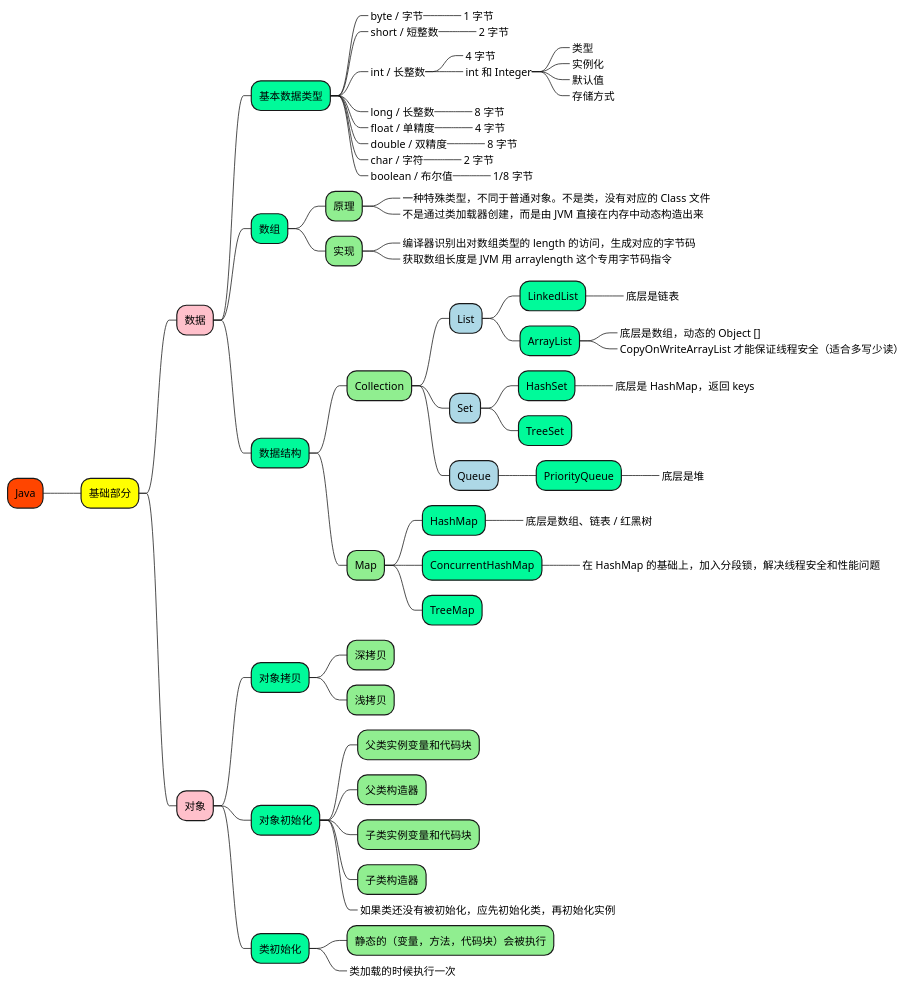
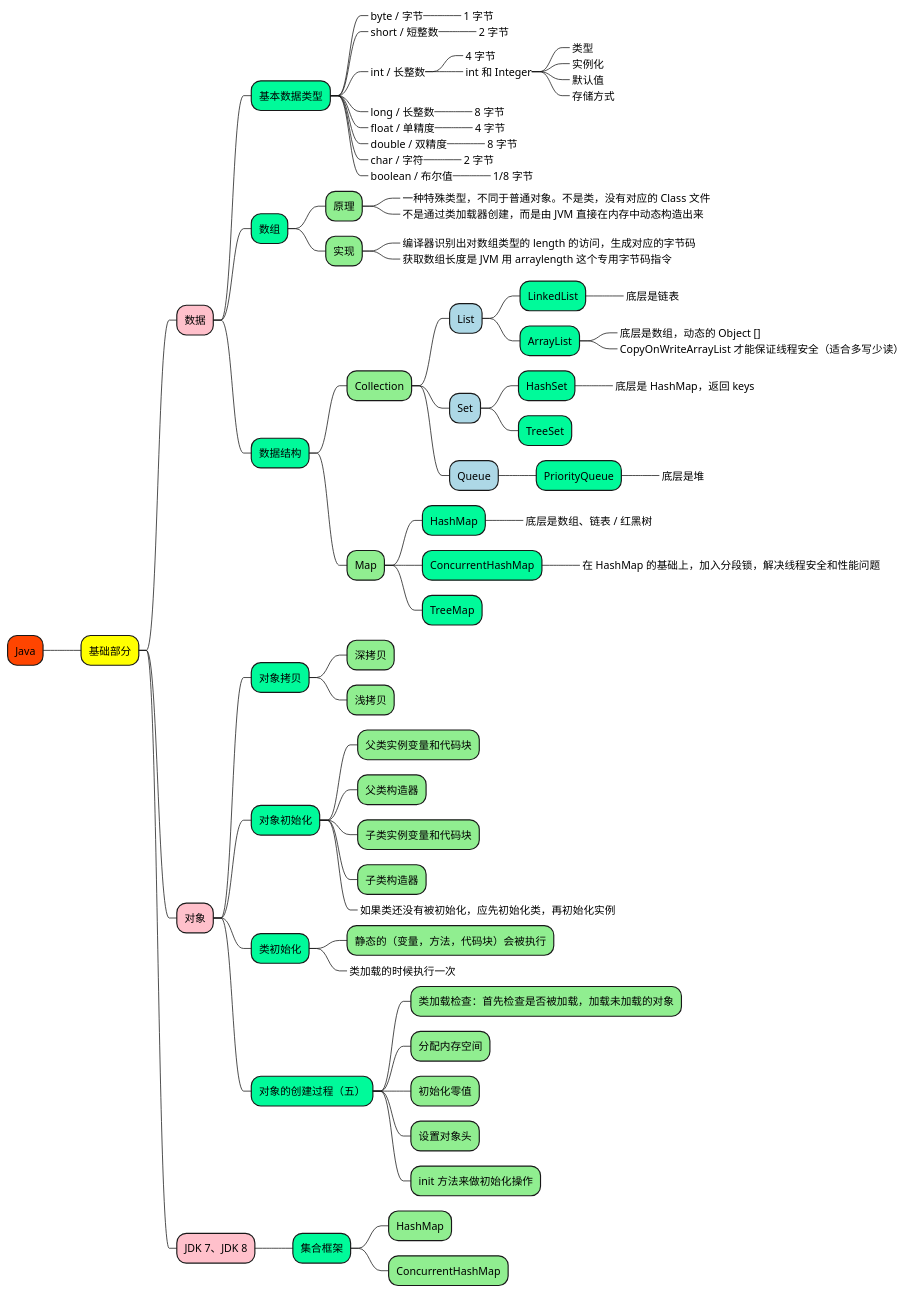
Before and after one commit to doveg/self-cultivation-of-a-software-engineer: the diagram in 1_map/1-java/Java.puml, drawn with PlantUML. The commit also changed 11 other files, not shown here.

```diff
--- a/1_map/1-java/Java.puml
+++ b/1_map/1-java/Java.puml
@@ -1,95 +1,114 @@
 @startmindmap
 
 +[#OrangeRed] Java
 
 ++[#yellow] 基础部分
 
 +++[#Pink] 数据
 
 ++++[#MediumSpringGreen] 基本数据类型
 
 +++++[#LightGreen]_ byte / 字节
 ++++++_ 1 字节
 +++++[#LightGreen]_ short / 短整数
 ++++++_ 2 字节
 +++++[#LightGreen]_ int / 长整数
 ++++++_ 4 字节
 ++++++[#LightGreen]_ int 和 Integer
 +++++++_ 类型
 +++++++_ 实例化
 +++++++_ 默认值
 +++++++_ 存储方式
 +++++[#LightGreen]_ long / 长整数
 ++++++_ 8 字节
 +++++[#LightGreen]_ float / 单精度
 ++++++_ 4 字节
 +++++[#LightGreen]_ double / 双精度
 ++++++_ 8 字节
 +++++[#LightGreen]_ char / 字符
 ++++++_ 2 字节
 +++++[#LightGreen]_ boolean / 布尔值
 ++++++_ 1/8 字节
 
 ++++[#MediumSpringGreen] 数组
 
 +++++[#LightGreen] 原理
 ++++++[#LightBlue]_ 一种特殊类型，不同于普通对象。不是类，没有对应的 Class 文件
 ++++++[#LightBlue]_ 不是通过类加载器创建，而是由 JVM 直接在内存中动态构造出来
 
 +++++[#LightGreen] 实现
 ++++++[#LightBlue]_ 编译器识别出对数组类型的 length 的访问，生成对应的字节码
 ++++++[#LightBlue]_ 获取数组长度是 JVM 用 arraylength 这个专用字节码指令
 
 ++++[#MediumSpringGreen] 数据结构
 
 +++++[#LightGreen] Collection
 ++++++[#LightBlue] List
 +++++++[#MediumSpringGreen] LinkedList
 ++++++++[#MediumSpringGreen]_ 底层是链表
 +++++++[#MediumSpringGreen] ArrayList
 ++++++++[#MediumSpringGreen]_ 底层是数组，动态的 Object []
 ++++++++[#MediumSpringGreen]_ CopyOnWriteArrayList 才能保证线程安全（适合多写少读）
 
 ++++++[#LightBlue] Set
 +++++++[#MediumSpringGreen] HashSet
 ++++++++[#MediumSpringGreen]_ 底层是 HashMap，返回 keys
 +++++++[#MediumSpringGreen] TreeSet
 
 ++++++[#LightBlue] Queue
 +++++++[#MediumSpringGreen] PriorityQueue
 ++++++++[#MediumSpringGreen]_ 底层是堆
 
 +++++[#LightGreen] Map
 ++++++[#MediumSpringGreen] HashMap
 +++++++[#MediumSpringGreen]_ 底层是数组、链表 / 红黑树
 ++++++[#MediumSpringGreen] ConcurrentHashMap
 +++++++[#MediumSpringGreen]_ 在 HashMap 的基础上，加入分段锁，解决线程安全和性能问题
 ++++++[#MediumSpringGreen] TreeMap
 
 
 +++[#Pink] 对象
 
 ++++[#MediumSpringGreen] 对象拷贝
 +++++[#LightGreen] 深拷贝
 +++++[#LightGreen] 浅拷贝
 
 ++++[#MediumSpringGreen] 对象初始化
 +++++[#LightGreen] 父类实例变量和代码块
 +++++[#LightGreen] 父类构造器
 +++++[#LightGreen] 子类实例变量和代码块
 +++++[#LightGreen] 子类构造器
 +++++[#LightGreen]_ 如果类还没有被初始化，应先初始化类，再初始化实例
 
 ++++[#MediumSpringGreen] 类初始化
 +++++[#LightGreen] 静态的（变量，方法，代码块）会被执行
 +++++[#LightGreen]_ 类加载的时候执行一次
 
+++++[#MediumSpringGreen] 对象的创建过程（五）
++++++[#LightGreen] 类加载检查：首先检查是否被加载，加载未加载的对象
++++++[#LightGreen] 分配内存空间
++++++[#LightGreen] 初始化零值
++++++[#LightGreen] 设置对象头
++++++[#LightGreen] init 方法来做初始化操作
+
+
+
++++[#Pink] JDK 7、JDK 8
+
+++++[#MediumSpringGreen] 集合框架
++++++[#LightGreen] HashMap
++++++[#LightGreen] ConcurrentHashMap
+
+
+
+
+
 
 
 
 'https://juejin.cn/post/6995088510134779912
 'https://www.jianshu.com/p/562c4c883459
 'https://www.jianshu.com/p/ecc6d3ac100d
 
 
 @endmindmap
```
